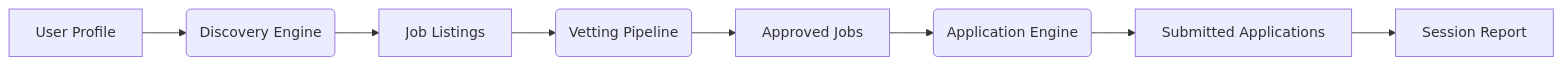
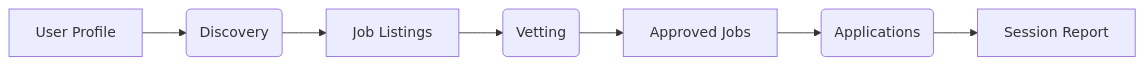
The diagram in packages/auto_apply/docs/index.md (Liebmann5/AA), drawn with Mermaid before and after one commit. The commit also changed other lines of this file and 91 other files, not shown here.

````diff
--- a/packages/auto_apply/docs/index.md
+++ b/packages/auto_apply/docs/index.md
@@ -92,10 +85,9 @@
 ```mermaid
 graph LR
-    A[User Profile] --> B(Discovery Engine)
+    A[User Profile] --> B(Discovery)
     B --> C[Job Listings]
-    C --> D(Vetting Pipeline)
+    C --> D(Vetting)
     D --> E[Approved Jobs]
-    E --> F(Application Engine)
-    F --> G[Submitted Applications]
-    G --> H[Session Report]
+    E --> F(Applications)
+    F --> G[Session Report]
 ```
````
